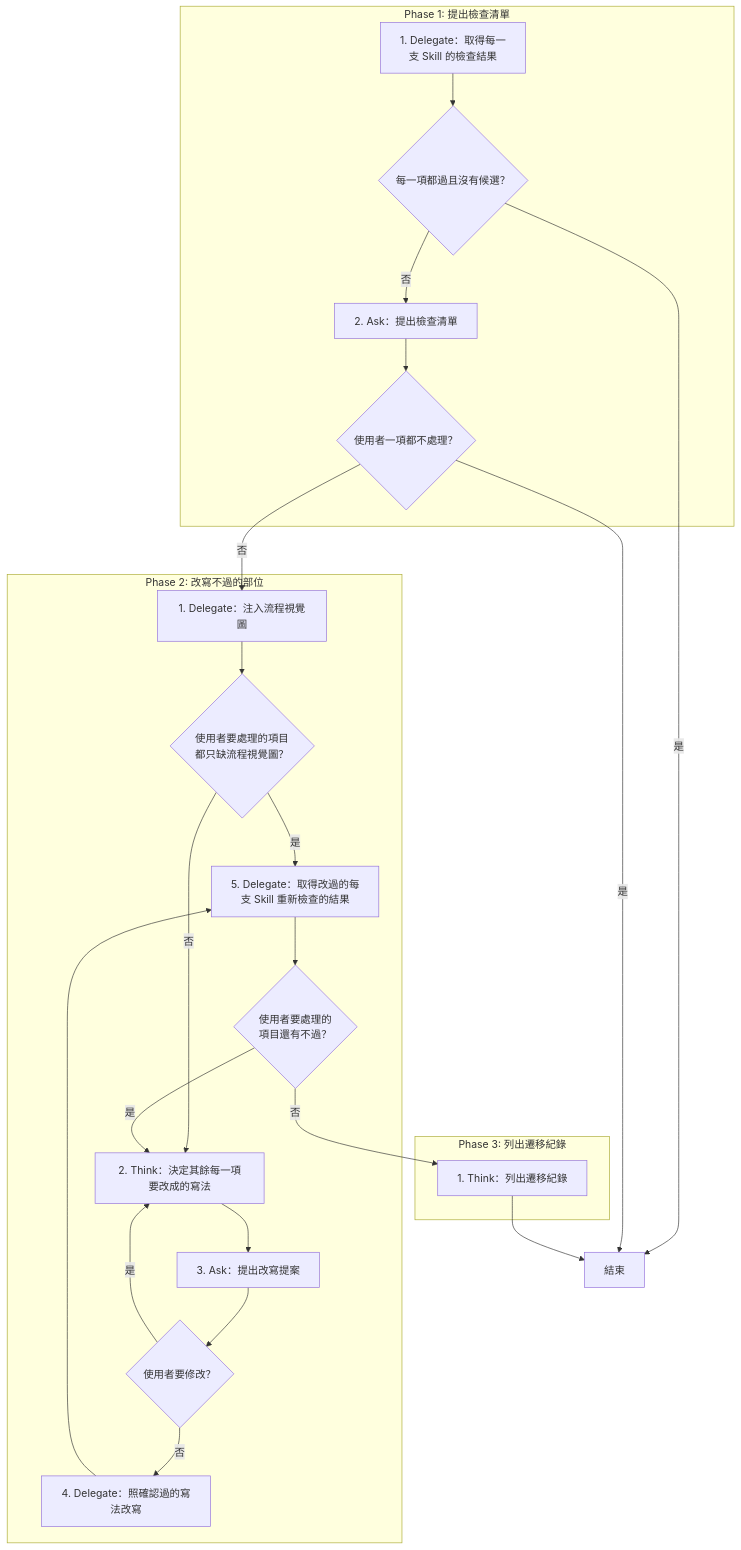
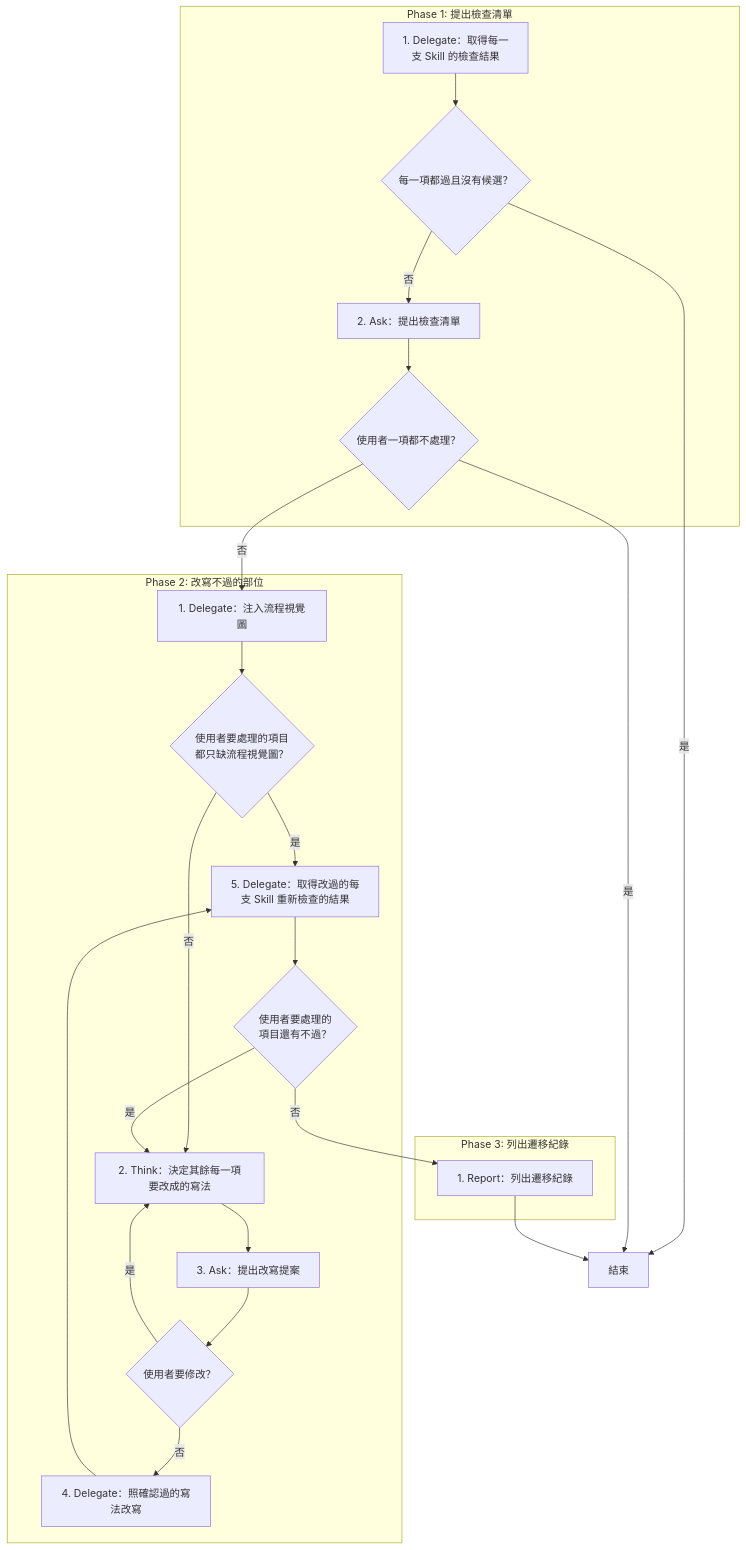
The first of 2 diagrams in .agents/skills/skill-conform/SKILL.md (AI-x-BDD/BDGG-Dev-Skills), drawn with Mermaid before and after one commit. The commit also changed other lines of this file and 13 other files, not shown here.

````diff
--- a/.agents/skills/skill-conform/SKILL.md
+++ b/.agents/skills/skill-conform/SKILL.md
@@ -25,41 +25,41 @@
 ```mermaid
 flowchart TD
     subgraph P1["Phase 1: 提出檢查清單"]
         P1S1["1. Delegate：取得每一<br/>支 Skill 的檢查結果"]
         G_P1S1_1{"每一項都過且沒有候選？"}
         P1S2["2. Ask：提出檢查清單"]
         G_P1S2_1{"使用者一項都不處理？"}
     end
     subgraph P2["Phase 2: 改寫不過的部位"]
         P2S1["1. Delegate：注入流程視覺圖"]
         G_P2S1_1{"使用者要處理的項目<br/>都只缺流程視覺圖？"}
         P2S2["2. Think：決定其餘每一項要改成的寫法"]
         P2S3["3. Ask：提出改寫提案"]
         G_P2S3_1{"使用者要修改？"}
         P2S4["4. Delegate：照確認過的寫法改寫"]
         P2S5["5. Delegate：取得改過的每<br/>支 Skill 重新檢查的結果"]
         G_P2S5_1{"使用者要處理的<br/>項目還有不過？"}
     end
     subgraph P3["Phase 3: 列出遷移紀錄"]
-        P3S1["1. Think：列出遷移紀錄"]
+        P3S1["1. Report：列出遷移紀錄"]
     end
     End["結束"]
     P1S1 --> G_P1S1_1
     G_P1S1_1 -->|是| End
     G_P1S1_1 -->|否| P1S2
     P1S2 --> G_P1S2_1
     G_P1S2_1 -->|是| End
     G_P1S2_1 -->|否| P2S1
     P2S1 --> G_P2S1_1
     G_P2S1_1 -->|是| P2S5
     G_P2S1_1 -->|否| P2S2
     P2S2 --> P2S3
     P2S3 --> G_P2S3_1
     G_P2S3_1 -->|是| P2S2
     G_P2S3_1 -->|否| P2S4
     P2S4 --> P2S5
     P2S5 --> G_P2S5_1
     G_P2S5_1 -->|是| P2S2
     G_P2S5_1 -->|否| P3S1
     P3S1 --> End
 ```
````
